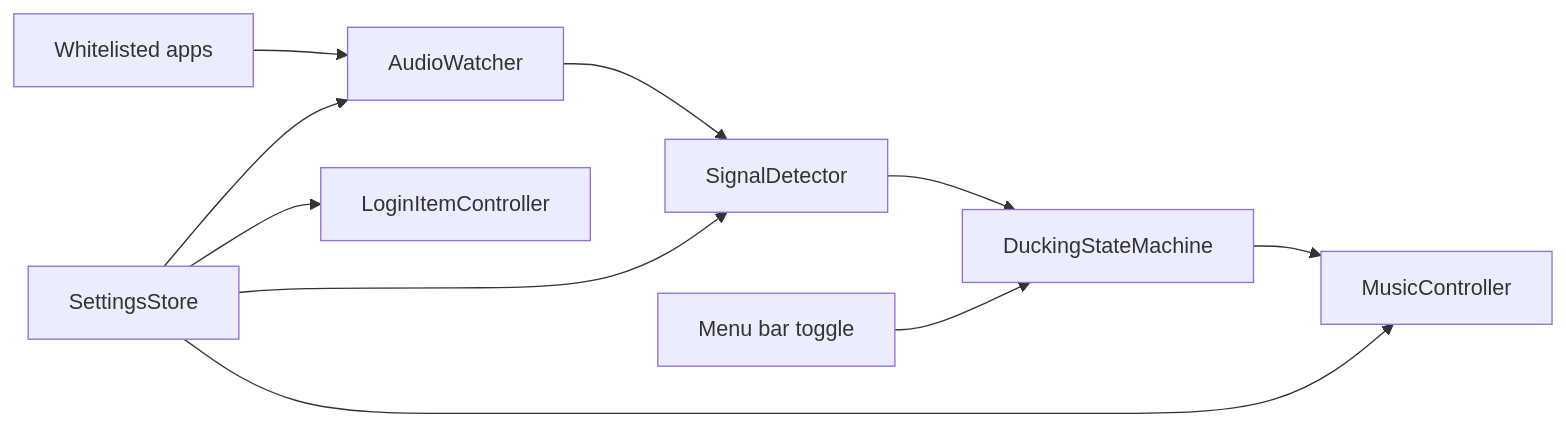
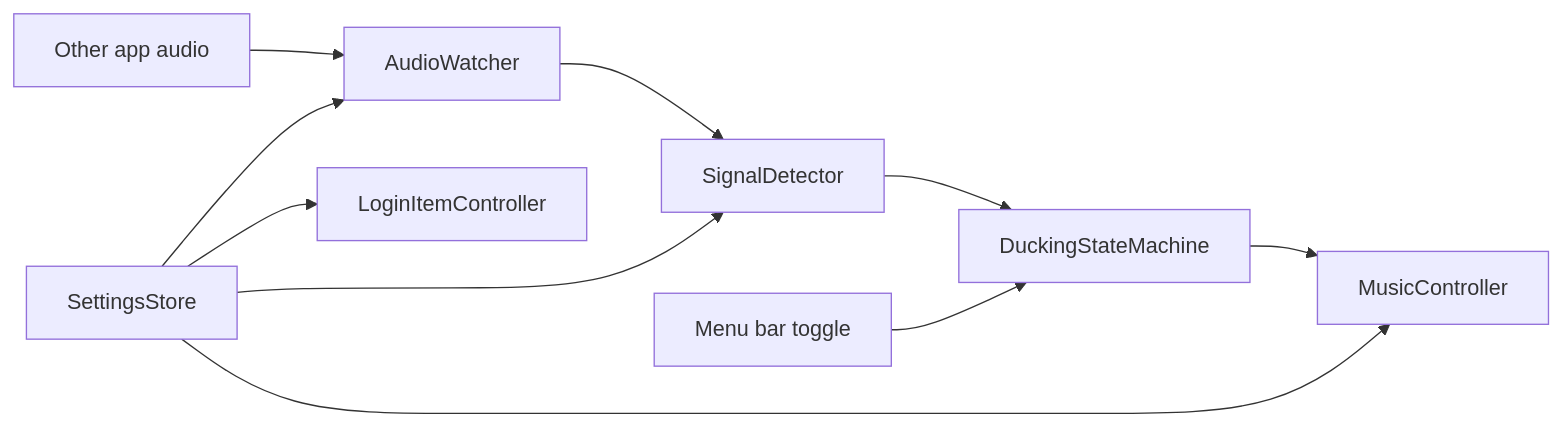
The diagram in ARCHITECTURE.md (mattwong05/FlowSound), drawn with Mermaid before and after one commit. The commit also changed other lines of this file and 20 other files, not shown here.

````diff
--- a/ARCHITECTURE.md
+++ b/ARCHITECTURE.md
@@ -145,12 +163,12 @@
 ```mermaid
 flowchart LR
-    Apps["Whitelisted apps"] --> AudioWatcher["AudioWatcher"]
+    Apps["Other app audio"] --> AudioWatcher["AudioWatcher"]
     AudioWatcher --> SignalDetector["SignalDetector"]
     SignalDetector --> StateMachine["DuckingStateMachine"]
     StateMachine --> MusicController["MusicController"]
     Menu["Menu bar toggle"] --> StateMachine
     Settings["SettingsStore"] --> AudioWatcher
     Settings --> SignalDetector
     Settings --> MusicController
     Settings --> LoginItem["LoginItemController"]
 ```
````
